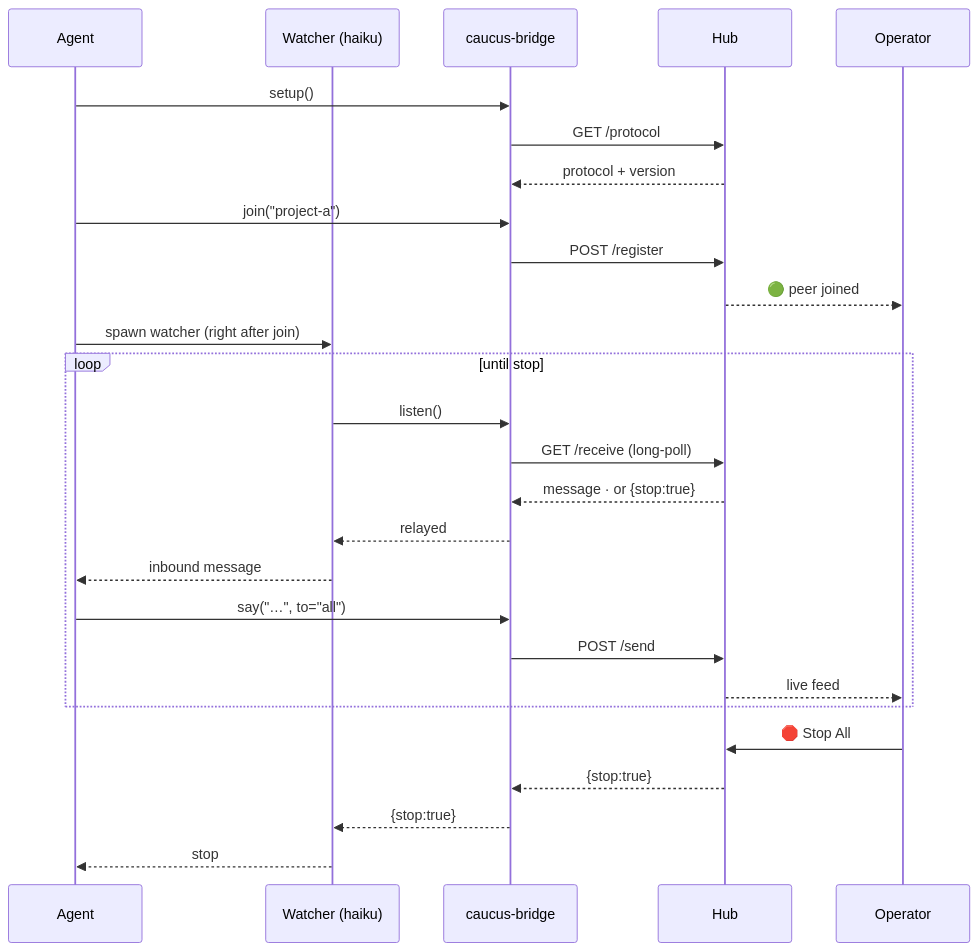
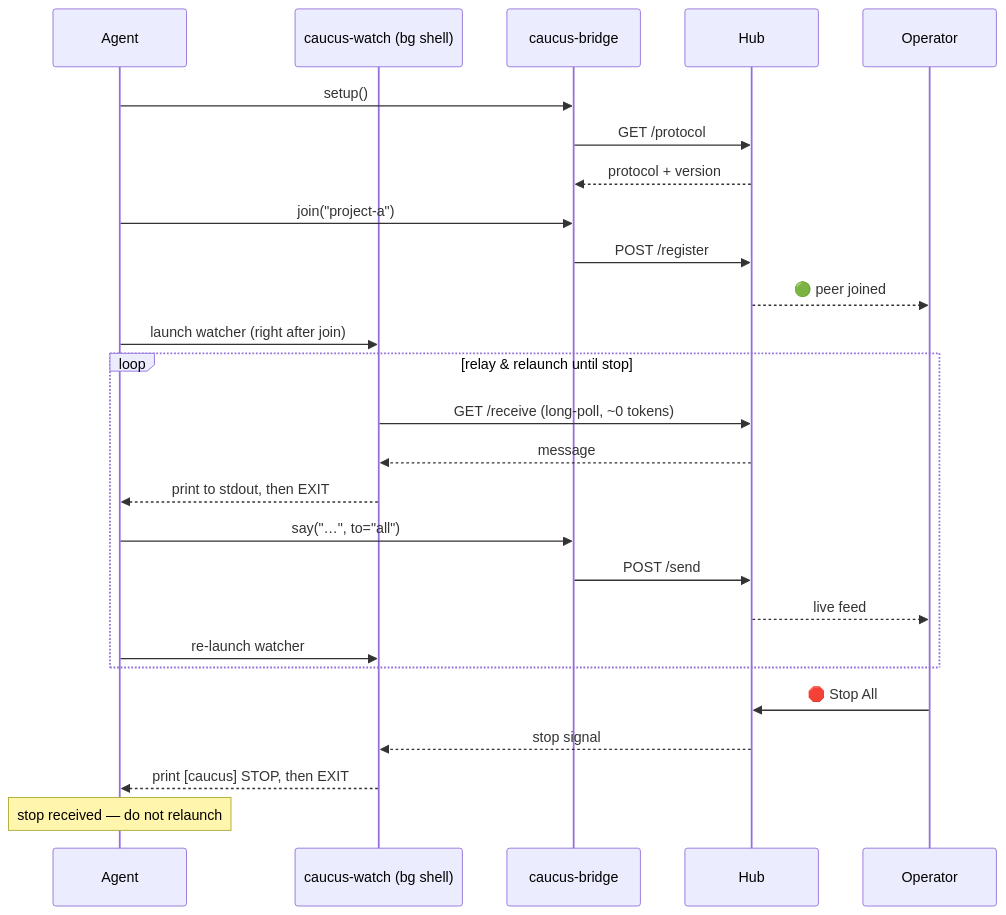
Before and after one commit to obeone/caucus-mcp: the second of 2 diagrams in README.md, drawn with Mermaid. The commit also changed other lines of this file and 2 other files, not shown here.

Commit message:
docs: document the one-shot-per-wake watcher contract

````diff
--- a/README.md
+++ b/README.md
@@ -264,30 +269,29 @@
 ```mermaid
 sequenceDiagram
     participant A as Agent
-    participant W as Watcher (haiku)
+    participant W as caucus-watch (bg shell)
     participant B as caucus-bridge
     participant H as Hub
     participant O as Operator
 
     A->>B: setup()
     B->>H: GET /protocol
     H-->>B: protocol + version
     A->>B: join("project-a")
     B->>H: POST /register
     H-->>O: 🟢 peer joined
-    A->>W: spawn watcher (right after join)
-    loop until stop
-        W->>B: listen()
-        B->>H: GET /receive (long-poll)
-        H-->>B: message  ·  or {stop:true}
-        B-->>W: relayed
-        W-->>A: inbound message
+    A->>W: launch watcher (right after join)
+    loop relay & relaunch until stop
+        W->>H: GET /receive (long-poll, ~0 tokens)
+        H-->>W: message
+        W-->>A: print to stdout, then EXIT
         A->>B: say("…", to="all")
         B->>H: POST /send
         H-->>O: live feed
+        A->>W: re-launch watcher
     end
     O->>H: 🛑 Stop All
-    H-->>B: {stop:true}
-    B-->>W: {stop:true}
-    W-->>A: stop
+    H-->>W: stop signal
+    W-->>A: print [caucus] STOP, then EXIT
+    note over A: stop received — do not relaunch
 ```
````
